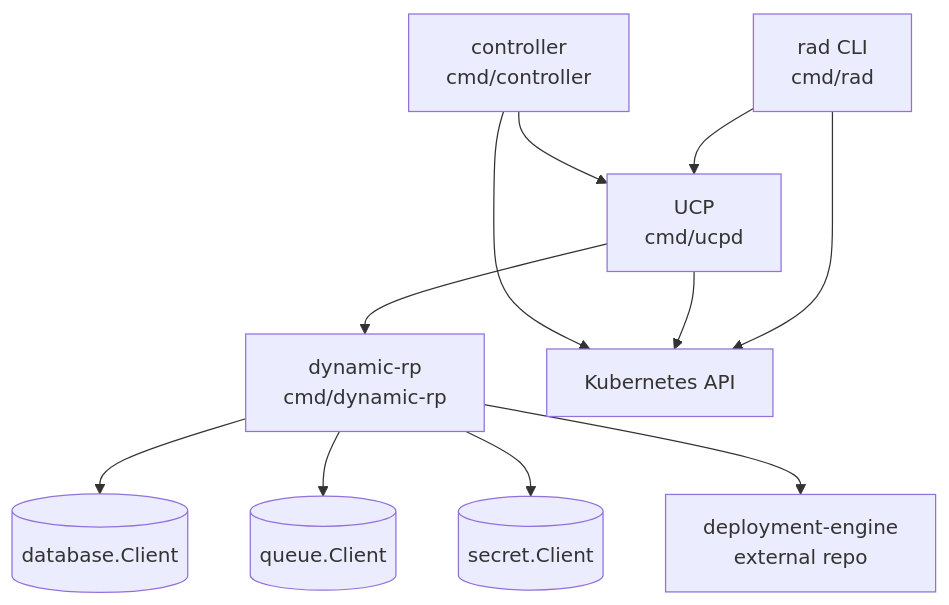
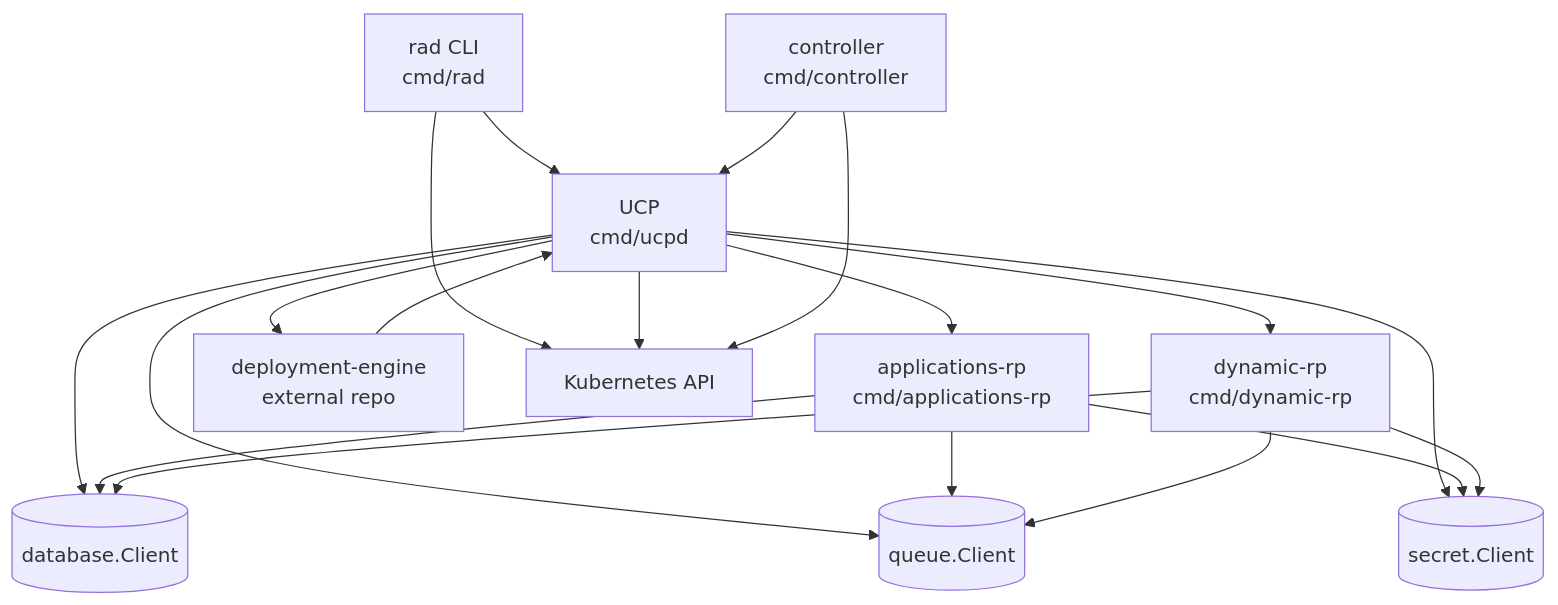
Before and after one commit to radius-project/radius: the first of 3 diagrams in docs/architecture/service-interaction-map.md, drawn with Mermaid. The commit also changed other lines of this file and 3 other files, not shown here.

````diff
--- a/docs/architecture/service-interaction-map.md
+++ b/docs/architecture/service-interaction-map.md
@@ -7,23 +7,32 @@
 ```mermaid
 graph TD
-    CLI[rad CLI\ncmd/rad]
-    UCP[UCP\ncmd/ucpd]
-    DYNRP[dynamic-rp\ncmd/dynamic-rp]
-    CTRL[controller\ncmd/controller]
-    DE[deployment-engine\nexternal repo]
+    CLI["rad CLI<br/>cmd/rad"]
+    UCP["UCP<br/>cmd/ucpd"]
+    APPRP["applications-rp<br/>cmd/applications-rp"]
+    DYNRP["dynamic-rp<br/>cmd/dynamic-rp"]
+    CTRL["controller<br/>cmd/controller"]
+    DE["deployment-engine<br/>external repo"]
     DB[(database.Client)]
     Q[(queue.Client)]
     S[(secret.Client)]
     K8S[Kubernetes API]
 
     CLI --> UCP
     CLI --> K8S
+    UCP --> APPRP
     UCP --> DYNRP
+    UCP --> DE
     UCP --> K8S
+    UCP --> DB
+    UCP --> Q
+    UCP --> S
+    APPRP --> DB
+    APPRP --> Q
+    APPRP --> S
     DYNRP --> DB
     DYNRP --> Q
     DYNRP --> S
     CTRL --> K8S
     CTRL --> UCP
-    DYNRP --> DE
+    DE --> UCP
 ```
````
